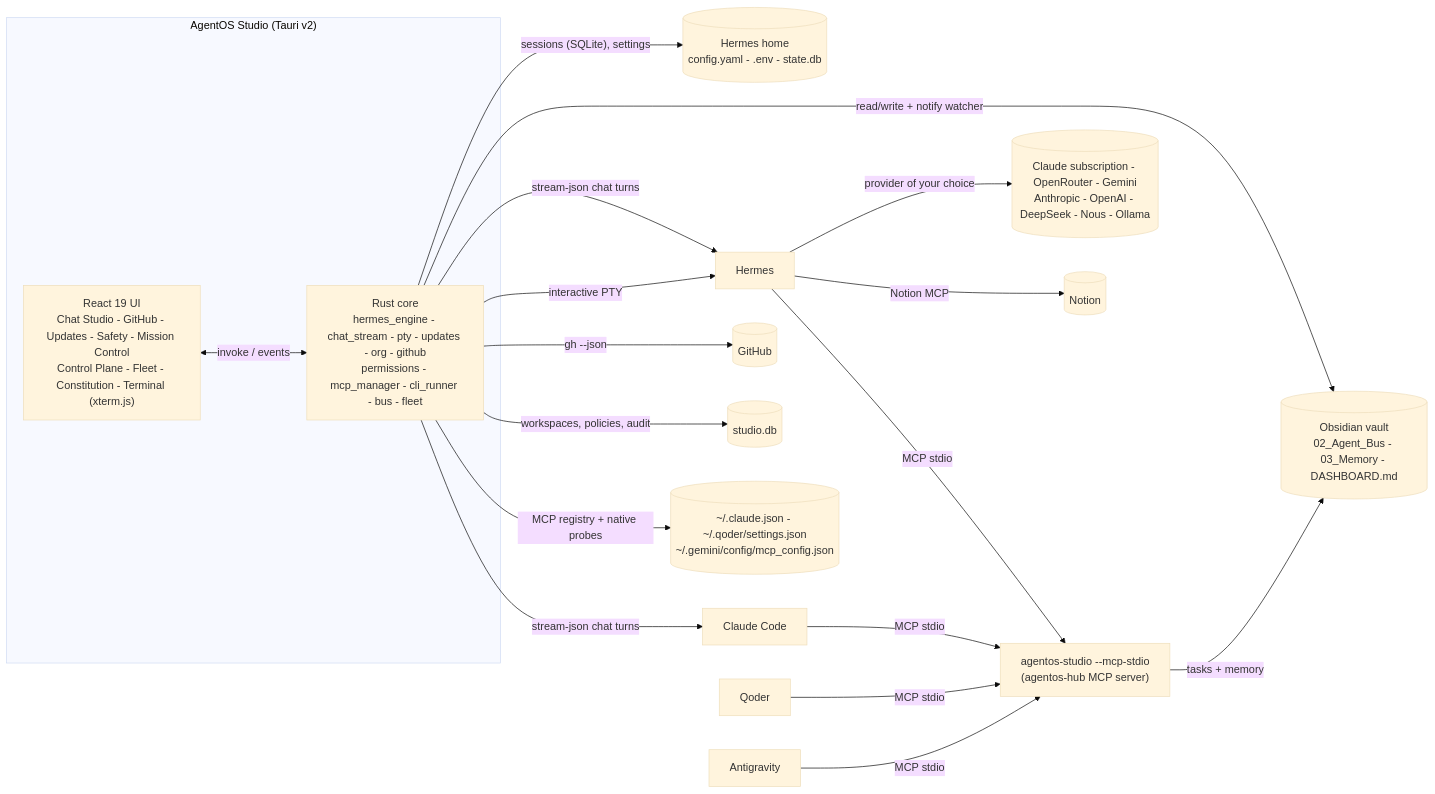
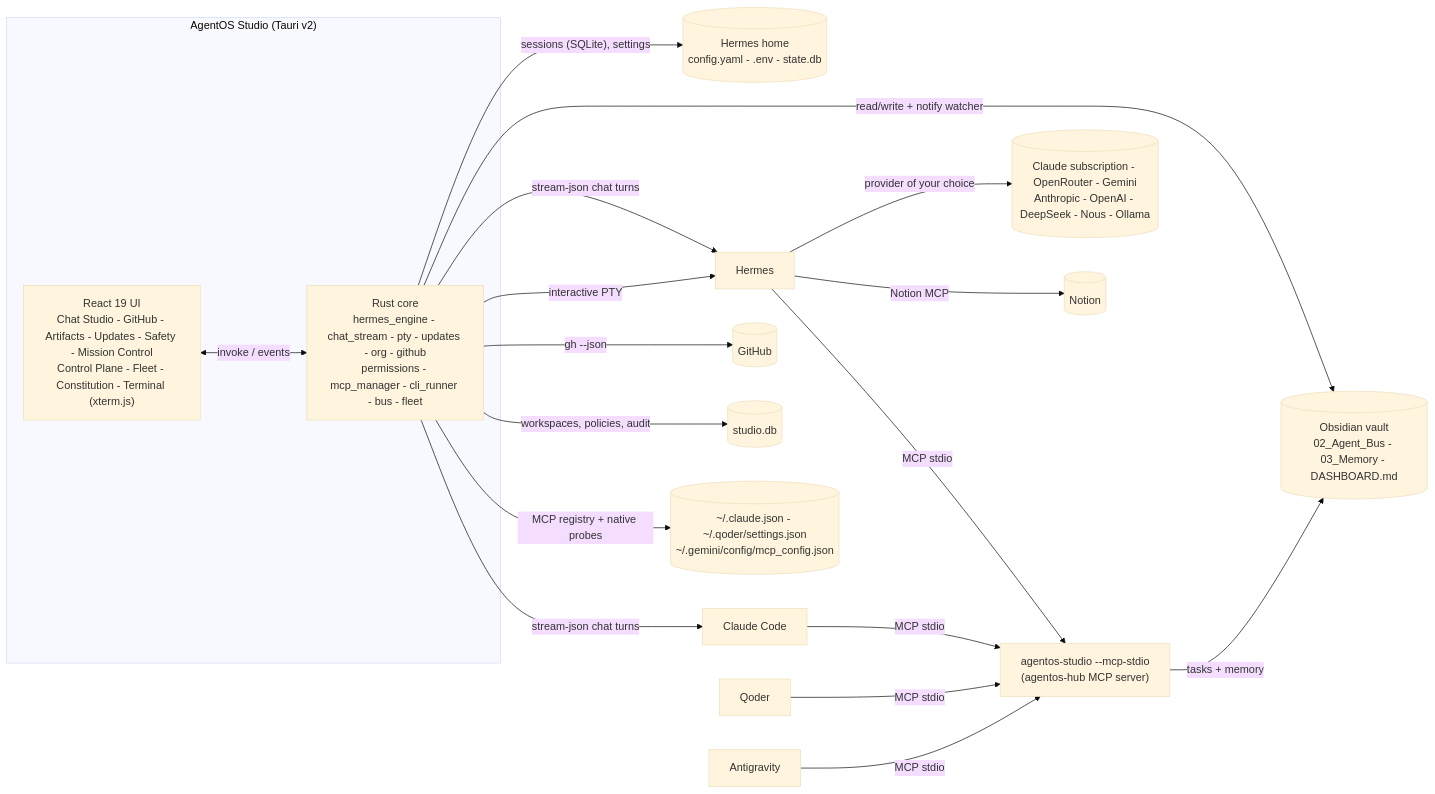
Before and after one commit to konethegreat/agentos-studio: the diagram in README.md, drawn with Mermaid (base theme). The commit also changed other lines of this file and 22 other files, not shown here.

First line of the commit message:
feat(artifacts): selection customizer, publish check and GitHub Pages apps (#241)

````diff
--- a/README.md
+++ b/README.md
@@ -384,29 +393,29 @@
 ```mermaid
 flowchart LR
     subgraph Studio["AgentOS Studio (Tauri v2)"]
-        UI["React 19 UI<br/>Chat Studio - GitHub - Updates - Safety - Mission Control<br/>Control Plane - Fleet - Constitution - Terminal (xterm.js)"]
+        UI["React 19 UI<br/>Chat Studio - GitHub - Artifacts - Updates - Safety - Mission Control<br/>Control Plane - Fleet - Constitution - Terminal (xterm.js)"]
         Core["Rust core<br/>hermes_engine - chat_stream - pty - updates - org - github<br/>permissions - mcp_manager - cli_runner - bus - fleet"]
         UI <-- "invoke / events" --> Core
     end
 
     Hub["agentos-studio --mcp-stdio<br/>(agentos-hub MCP server)"]
     Vault[("Obsidian vault<br/>02_Agent_Bus - 03_Memory - DASHBOARD.md")]
     HermesHome[("Hermes home<br/>config.yaml - .env - state.db")]
 
     Core -- "stream-json chat turns" --> Hermes["Hermes"]
     Core -- "stream-json chat turns" --> Claude["Claude Code"]
     Core -- "sessions (SQLite), settings" --> HermesHome
     Core -- "interactive PTY" --> Hermes
     Core -- "gh --json" --> GH[("GitHub")]
     Core -- "workspaces, policies, audit" --> StudioDb[("studio.db")]
     Core -- "MCP registry + native probes" --> Configs[("~/.claude.json - ~/.qoder/settings.json<br/>~/.gemini/config/mcp_config.json")]
     Core -- "read/write + notify watcher" --> Vault
     Hub -- "tasks + memory" --> Vault
 
     Hermes -- "MCP stdio" --> Hub
     Claude -- "MCP stdio" --> Hub
     Qoder["Qoder"] -- "MCP stdio" --> Hub
     AG["Antigravity"] -- "MCP stdio" --> Hub
     Hermes -- "provider of your choice" --> LLM[("Claude subscription - OpenRouter - Gemini<br/>Anthropic - OpenAI - DeepSeek - Nous - Ollama")]
     Hermes -- "Notion MCP" --> Notion[("Notion")]
 ```
````
